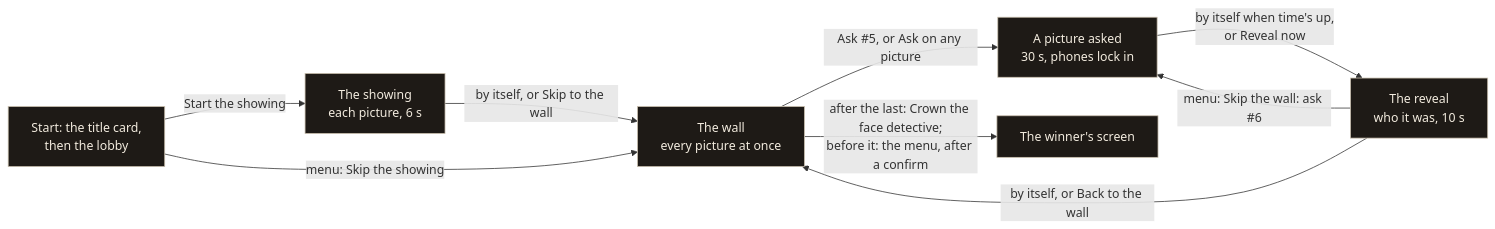
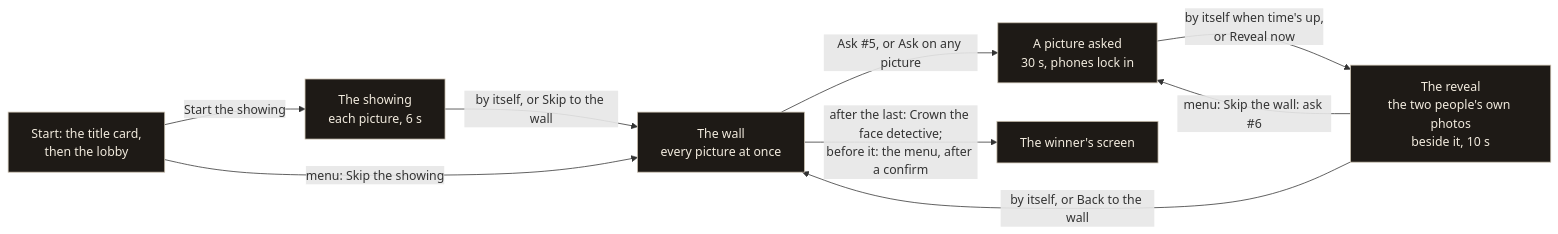
The eighth of 15 diagrams in docs/user-flows.md (NicolaiLassen/hurra), drawn with Mermaid before and after one commit. The commit also changed other lines of this file and 10 other files, not shown here.

First line of the commit message:
The TV reveals a fused picture as the big moment: the picture in the middle, its two people's own photos sliding in beside it

````diff
--- a/docs/user-flows.md
+++ b/docs/user-flows.md
@@ -276,13 +276,13 @@
 ```mermaid
 flowchart LR
   classDef screen fill:#1e1a16,stroke:#c9bfae,color:#f2ebde
 
   START["Start: the title card,<br/>then the lobby"]:::screen -- "Start the showing" --> SHOW["The showing<br/>each picture, 6 s"]:::screen
   START -- "menu: Skip the showing" --> WALL
   SHOW -- "by itself, or Skip to the wall" --> WALL["The wall<br/>every picture at once"]:::screen
   WALL -- "Ask #5, or Ask on any picture" --> ASK["A picture asked<br/>30 s, phones lock in"]:::screen
-  ASK -- "by itself when time's up,<br/>or Reveal now" --> REV["The reveal<br/>who it was, 10 s"]:::screen
+  ASK -- "by itself when time's up,<br/>or Reveal now" --> REV["The reveal<br/>the two people's own photos<br/>beside it, 10 s"]:::screen
   REV -- "by itself, or Back to the wall" --> WALL
   REV -- "menu: Skip the wall: ask #6" --> ASK
   WALL -- "after the last: Crown the face detective;<br/>before it: the menu, after a confirm" --> DONE["The winner's screen"]:::screen
 ```
````
